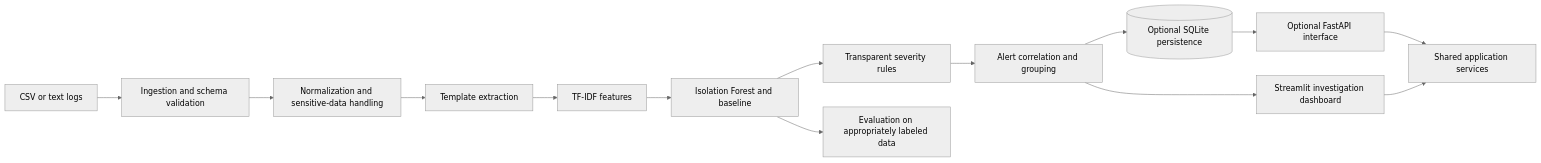
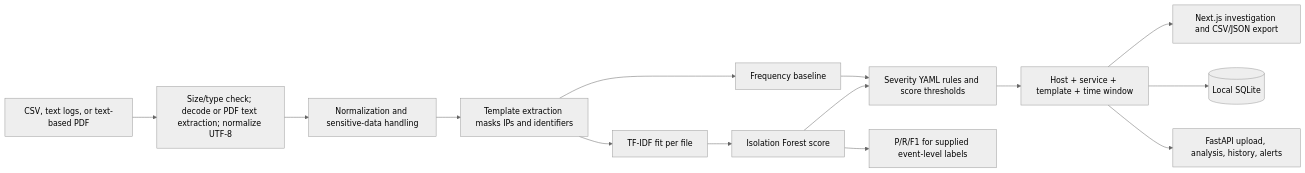
One commit to shivamkumar1104/Log_Anomaly_Detection_System changed the diagram in docs/architecture.md. Above: the diagram before and after it, drawn with Mermaid (neutral theme). The commit also changed other lines of this file and 63 other files, not shown here.

````diff
--- a/docs/architecture.md
+++ b/docs/architecture.md
@@ -16,16 +20,16 @@
 ```mermaid
 flowchart LR
-    Source[CSV or text logs] --> Ingestion[Ingestion and schema validation]
+    Source[CSV, text logs, or text-based PDF] --> Ingestion[Size/type check; decode or PDF text extraction; normalize UTF-8]
     Ingestion --> Preprocessing[Normalization and sensitive-data handling]
-    Preprocessing --> Templates[Template extraction]
-    Templates --> Features[TF-IDF features]
-    Features --> Detection[Isolation Forest and baseline]
-    Detection --> Severity[Transparent severity rules]
-    Severity --> Grouping[Alert correlation and grouping]
-    Grouping --> Persistence[(Optional SQLite persistence)]
-    Grouping --> Dashboard[Streamlit investigation dashboard]
-    Detection --> Evaluation[Evaluation on appropriately labeled data]
-    Persistence --> API[Optional FastAPI interface]
-    API --> Services[Shared application services]
-    Dashboard --> Services
+    Preprocessing --> Templates[Template extraction masks IPs and identifiers]
+    Templates --> Features[TF-IDF fit per file]
+    Features --> Detection[Isolation Forest score]
+    Templates --> Baseline[Frequency baseline]
+    Detection --> Severity[Severity YAML rules and score thresholds]
+    Baseline --> Severity
+    Severity --> Grouping[Host + service + template + time window]
+    Grouping --> Dashboard[Next.js investigation and CSV/JSON export]
+    Grouping --> Persistence[(Local SQLite)]
+    Grouping --> API[FastAPI upload, analysis, history, alerts]
+    Detection --> Evaluation[P/R/F1 for supplied event-level labels]
 ```
````
